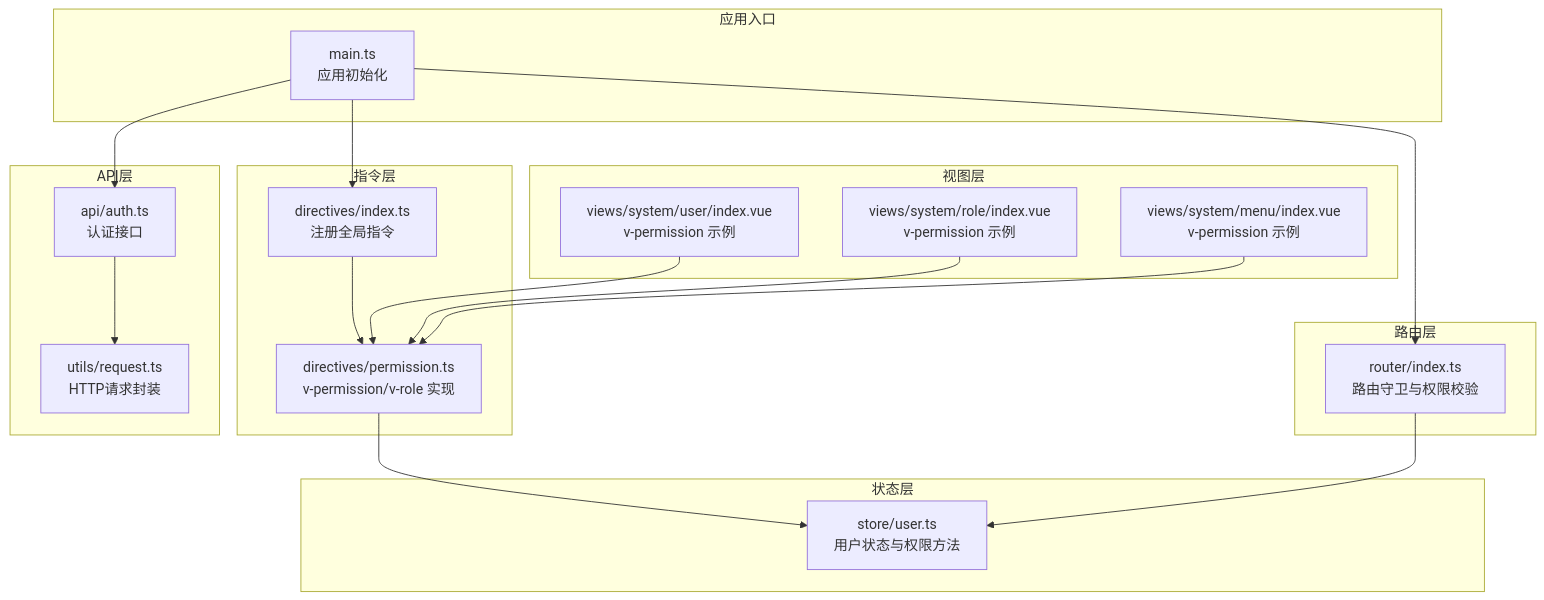
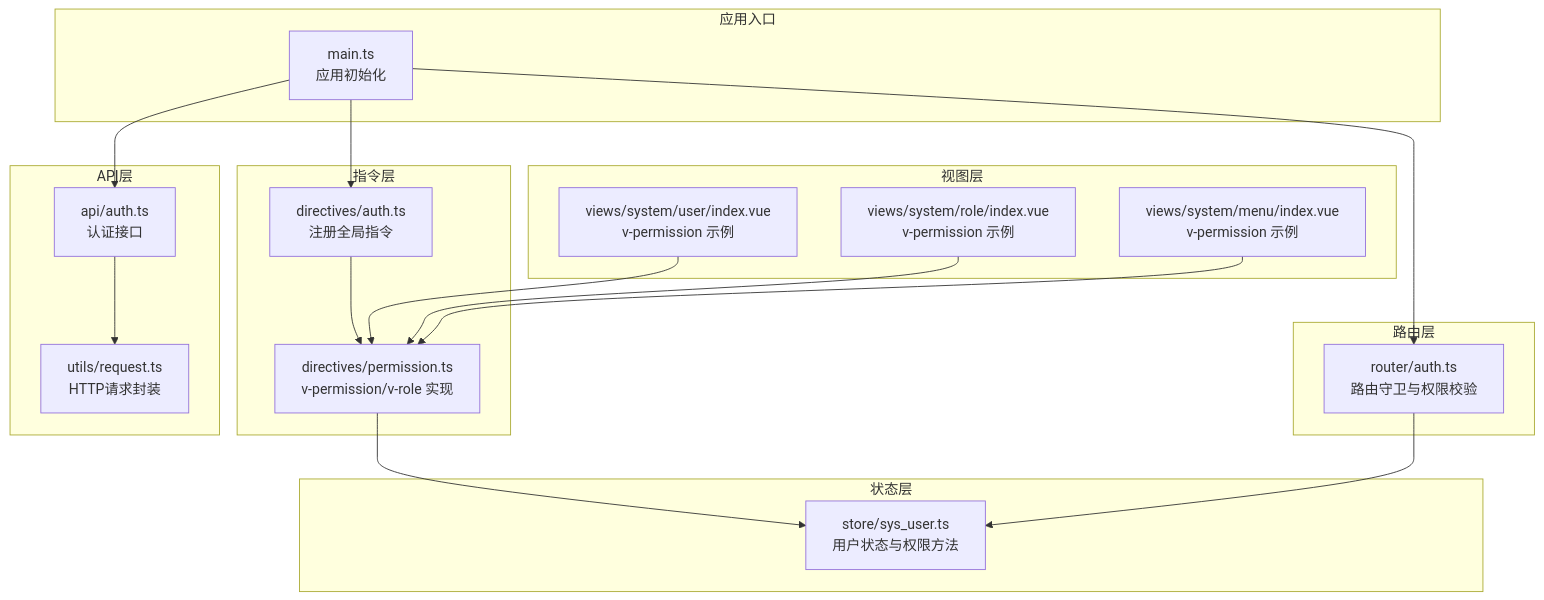
Before and after one commit to qiseyun/vue-ts-admin: the first of 7 diagrams in .qoder/repowiki/zh/content/核心功能模块/权限控制系统.md, drawn with Mermaid. The commit also changed other lines of this file and 42 other files, not shown here.

````diff
--- a/.qoder/repowiki/zh/content/核心功能模块/权限控制系统.md
+++ b/.qoder/repowiki/zh/content/核心功能模块/权限控制系统.md
@@ -46,35 +46,35 @@
 ```mermaid
 graph TB
 subgraph "应用入口"
 MAIN["main.ts<br/>应用初始化"]
 end
 subgraph "指令层"
-DIR_INDEX["directives/index.ts<br/>注册全局指令"]
+DIR_INDEX["directives/auth.ts<br/>注册全局指令"]
 DIR_PERM["directives/permission.ts<br/>v-permission/v-role 实现"]
 end
 subgraph "状态层"
-STORE_USER["store/user.ts<br/>用户状态与权限方法"]
+STORE_USER["store/sys_user.ts<br/>用户状态与权限方法"]
 end
 subgraph "路由层"
-ROUTER["router/index.ts<br/>路由守卫与权限校验"]
+ROUTER["router/auth.ts<br/>路由守卫与权限校验"]
 end
 subgraph "API层"
 API_AUTH["api/auth.ts<br/>认证接口"]
 UTIL_REQ["utils/request.ts<br/>HTTP请求封装"]
 end
 subgraph "视图层"
 VIEW_USER["views/system/user/index.vue<br/>v-permission 示例"]
 VIEW_ROLE["views/system/role/index.vue<br/>v-permission 示例"]
 VIEW_MENU["views/system/menu/index.vue<br/>v-permission 示例"]
 end
 MAIN --> DIR_INDEX
 DIR_INDEX --> DIR_PERM
 DIR_PERM --> STORE_USER
 MAIN --> ROUTER
 ROUTER --> STORE_USER
 MAIN --> API_AUTH
 API_AUTH --> UTIL_REQ
 VIEW_USER --> DIR_PERM
 VIEW_ROLE --> DIR_PERM
 VIEW_MENU --> DIR_PERM
 ```
````
